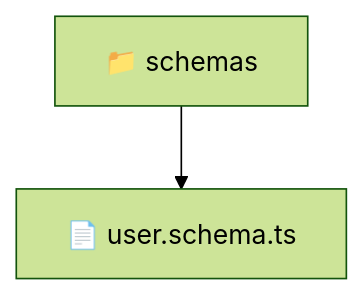
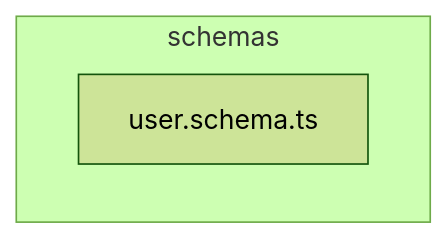
One commit to beginwebdev2002/fullstack-mavluda changed the diagram in backend/src/modules/user/infrastructure/schemas/README.md. Above: the diagram before and after it, drawn with Mermaid (forest theme). The commit also changed other lines of this file and 163 other files, not shown here.

````diff
--- a/backend/src/modules/user/infrastructure/schemas/README.md
+++ b/backend/src/modules/user/infrastructure/schemas/README.md
@@ -9,5 +15,6 @@
 ```mermaid
 graph TD
-  Root["📁 schemas"]
-  Root --> user_schema_ts["📄 user.schema.ts"]
+  subgraph schemas
+    user_schema_ts["user.schema.ts"]
+  end
 ```
````
